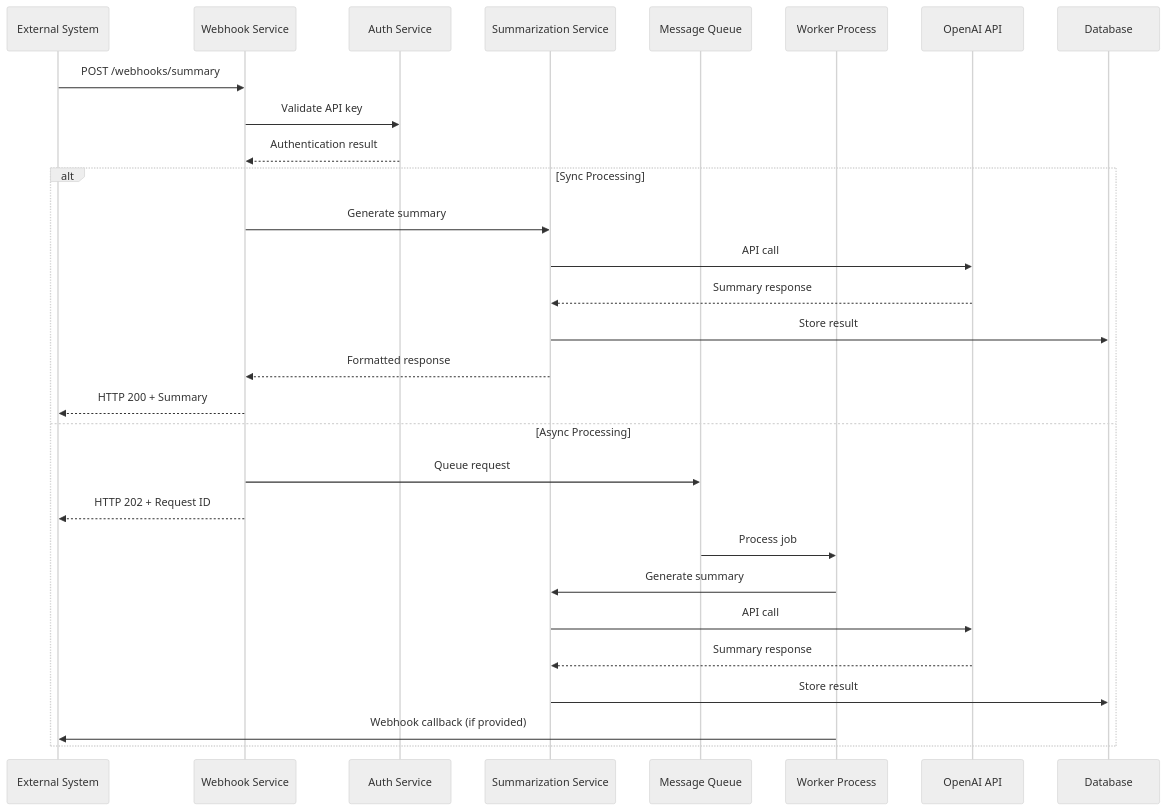
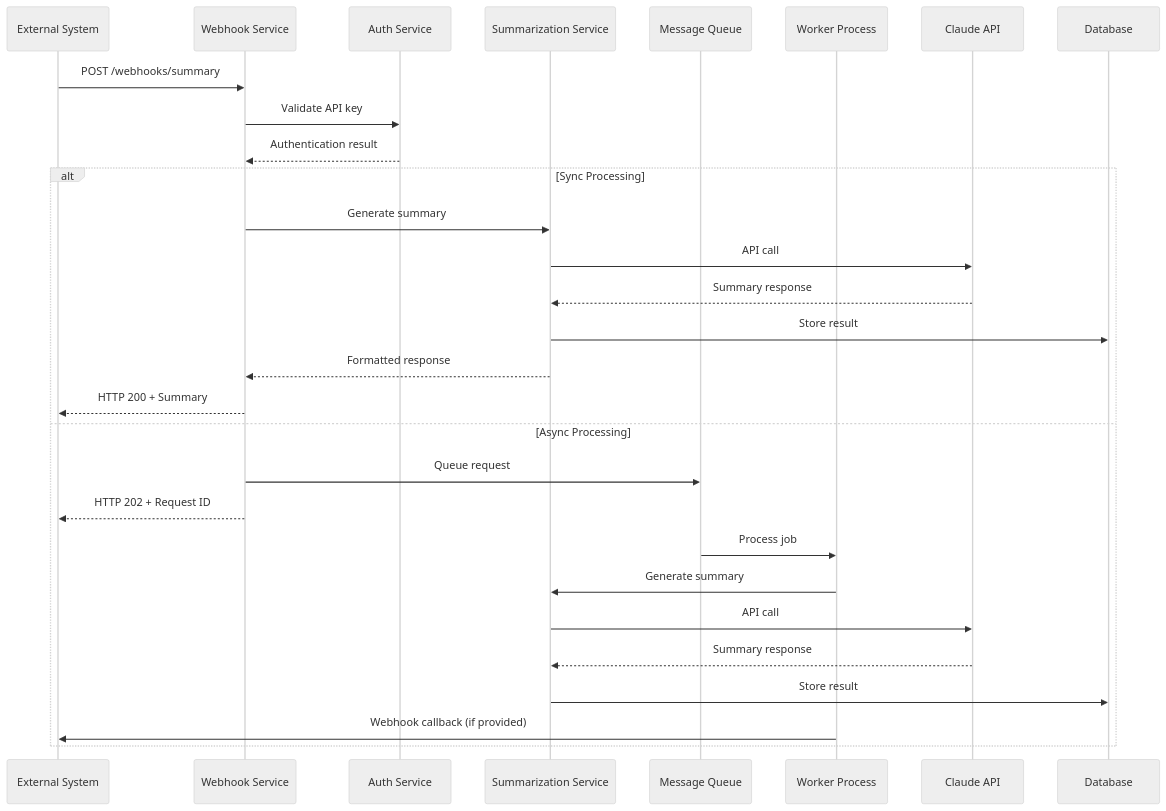
The third of 3 diagrams in docs/system-architecture.md (mrjcleaver/summarybot-ng), drawn with Mermaid (neutral theme) before and after one commit. The commit also changed other lines of this file and 5 other files, not shown here.

First line of the commit message:
docs: Update all references from OpenAI/GPT-4 to Claude/OpenRouter

````diff
--- a/docs/system-architecture.md
+++ b/docs/system-architecture.md
@@ -466,33 +466,33 @@
 ```mermaid
 sequenceDiagram
     participant EXT as External System
     participant WS as Webhook Service
     participant AS as Auth Service
     participant SS as Summarization Service
     participant MQ as Message Queue
     participant WK as Worker Process
-    participant OAI as OpenAI API
+    participant CLAUDE as Claude API
     participant DB as Database
 
     EXT->>WS: POST /webhooks/summary
     WS->>AS: Validate API key
     AS-->>WS: Authentication result
     
     alt Sync Processing
         WS->>SS: Generate summary
-        SS->>OAI: API call
-        OAI-->>SS: Summary response
+        SS->>CLAUDE: API call
+        CLAUDE-->>SS: Summary response
         SS->>DB: Store result
         SS-->>WS: Formatted response
         WS-->>EXT: HTTP 200 + Summary
     else Async Processing
         WS->>MQ: Queue request
         WS-->>EXT: HTTP 202 + Request ID
         MQ->>WK: Process job
         WK->>SS: Generate summary
-        SS->>OAI: API call
-        OAI-->>SS: Summary response
+        SS->>CLAUDE: API call
+        CLAUDE-->>SS: Summary response
         SS->>DB: Store result
         WK->>EXT: Webhook callback (if provided)
     end
 ```
````
